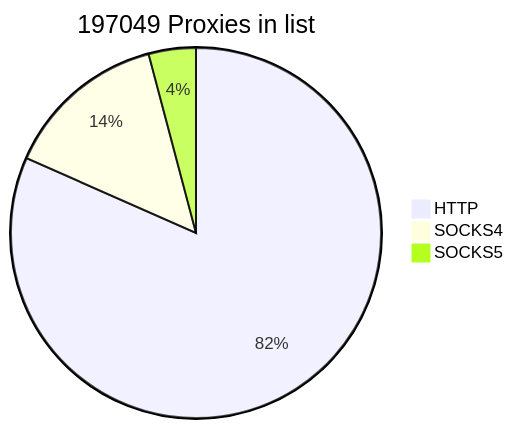
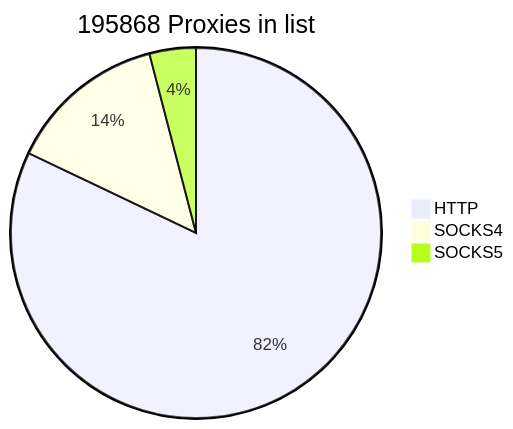
The first of 2 diagrams in README.md (cutipu/proxylist), drawn with Mermaid before and after one commit. The commit also changed other lines of this file, not shown here.

````diff
--- a/README.md
+++ b/README.md
@@ -2,7 +2,7 @@
 ```mermaid
-pie title 197049 Proxies in list
-    "HTTP" : 160837
-    "SOCKS4" : 28094
-    "SOCKS5" : 8118
+pie title 195868 Proxies in list
+    "HTTP" : 160784
+    "SOCKS4" : 27157
+    "SOCKS5" : 7927
             
 ```
````
